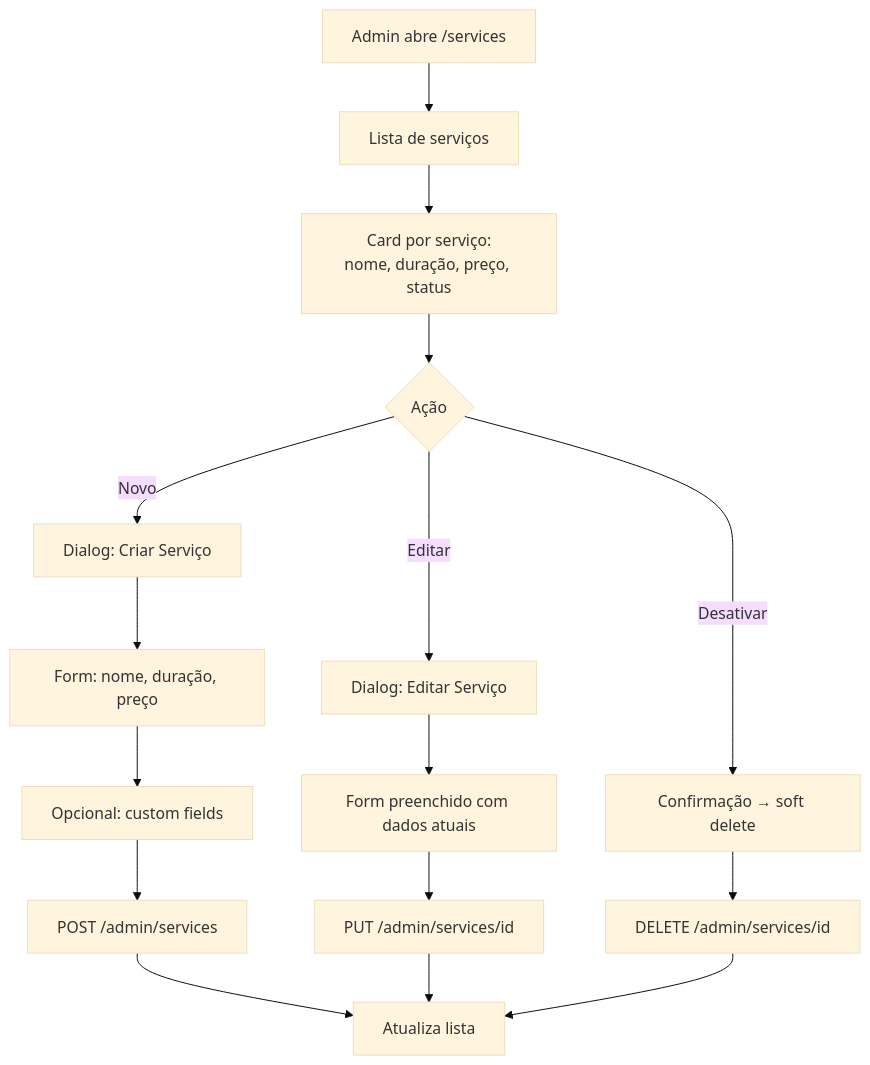
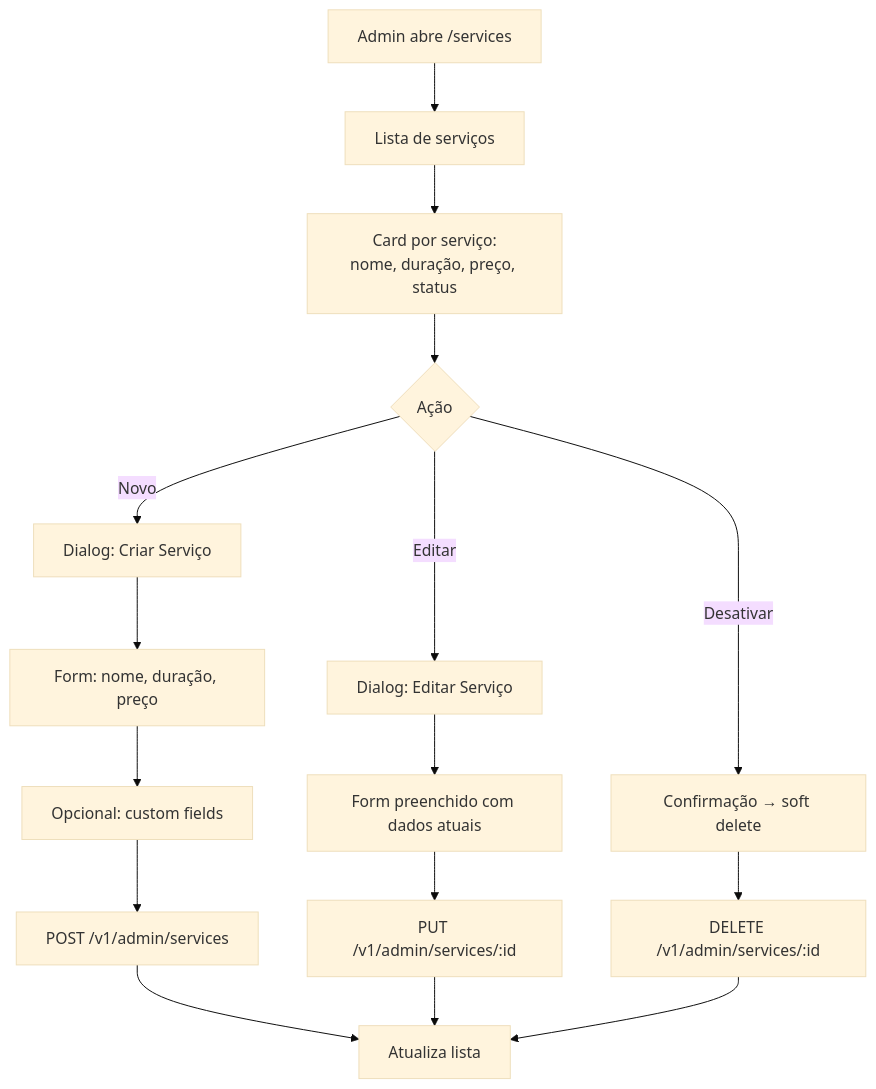
The seventh of 13 diagrams in docs/frontend/flows.md (tassan/temhorario), drawn with Mermaid (base theme) before and after one commit. The commit also changed other lines of this file and 4 other files, not shown here.

First line of the commit message:
docs(frontend): align architecture and flows with API contract

````diff
--- a/docs/frontend/flows.md
+++ b/docs/frontend/flows.md
@@ -195,22 +197,22 @@
 ```mermaid
 flowchart TD
     A[Admin abre /services] --> B[Lista de serviços]
     B --> C[Card por serviço:<br/>nome, duração, preço, status]
 
     C --> D{Ação}
     D -->|Novo| E[Dialog: Criar Serviço]
     D -->|Editar| F[Dialog: Editar Serviço]
     D -->|Desativar| G[Confirmação → soft delete]
 
     E --> H[Form: nome, duração, preço]
     H --> I[Opcional: custom fields]
-    I --> J[POST /admin/services]
+    I --> J[POST /v1/admin/services]
     J --> K[Atualiza lista]
 
     F --> L[Form preenchido com dados atuais]
-    L --> M[PUT /admin/services/id]
+    L --> M[PUT /v1/admin/services/:id]
     M --> K
 
-    G --> N[DELETE /admin/services/id]
+    G --> N[DELETE /v1/admin/services/:id]
     N --> K
 ```
````
